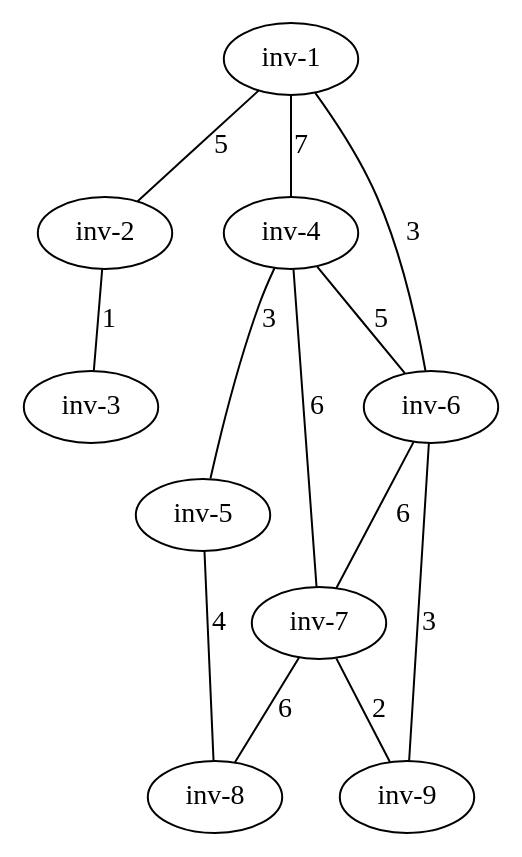
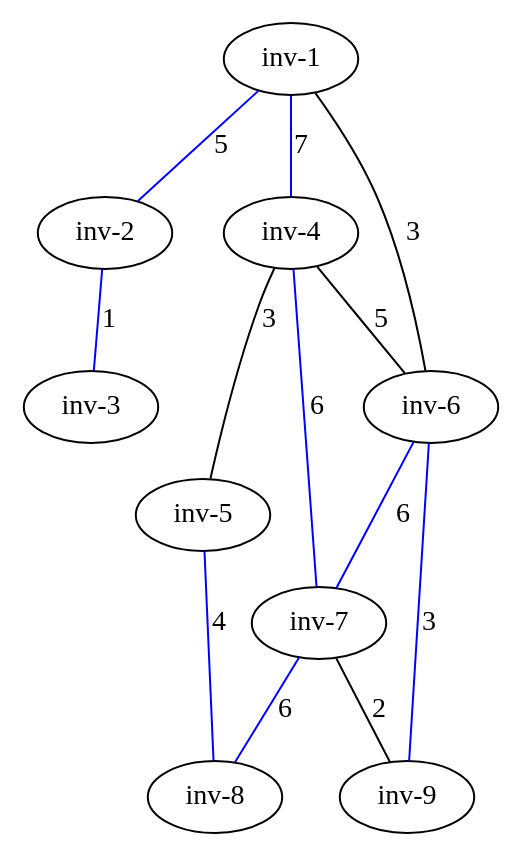
One commit to rosamola77/lab-adda-1 changed the diagram in PI2_2025_2026_Base_ADDA/ficheros/grafos/EJ3C.gv. Above: the diagram before and after it, drawn with Graphviz. The commit also changed 1 other file, not shown here.

```diff
--- a/PI2_2025_2026_Base_ADDA/ficheros/grafos/EJ3C.gv
+++ b/PI2_2025_2026_Base_ADDA/ficheros/grafos/EJ3C.gv
@@ -1,23 +1,23 @@
 strict graph G {
   1 [ color="black" label="inv-1" ];
   2 [ color="black" label="inv-2" ];
   3 [ color="black" label="inv-3" ];
   4 [ color="black" label="inv-4" ];
   5 [ color="black" label="inv-5" ];
   6 [ color="black" label="inv-6" ];
   7 [ color="black" label="inv-7" ];
   8 [ color="black" label="inv-8" ];
   9 [ color="black" label="inv-9" ];
   1 -- 6 [ label="3" ];
-  1 -- 2 [ color="black" label="5" ];
-  1 -- 4 [ color="black" label="7" ];
-  4 -- 7 [ color="black" label="6" ];
+  1 -- 2 [ color="blue" label="5" ];
+  1 -- 4 [ color="blue" label="7" ];
+  4 -- 7 [ color="blue" label="6" ];
   4 -- 5 [ label="3" ];
   4 -- 6 [ label="5" ];
-  5 -- 8 [ color="black" label="4" ];
-  6 -- 9 [ color="black" label="3" ];
-  6 -- 7 [ color="black" label="6" ];
-  7 -- 8 [ color="black" label="6" ];
+  5 -- 8 [ color="blue" label="4" ];
+  6 -- 9 [ color="blue" label="3" ];
+  6 -- 7 [ color="blue" label="6" ];
+  7 -- 8 [ color="blue" label="6" ];
   7 -- 9 [ label="2" ];
-  2 -- 3 [ color="black" label="1" ];
+  2 -- 3 [ color="blue" label="1" ];
 }
```
